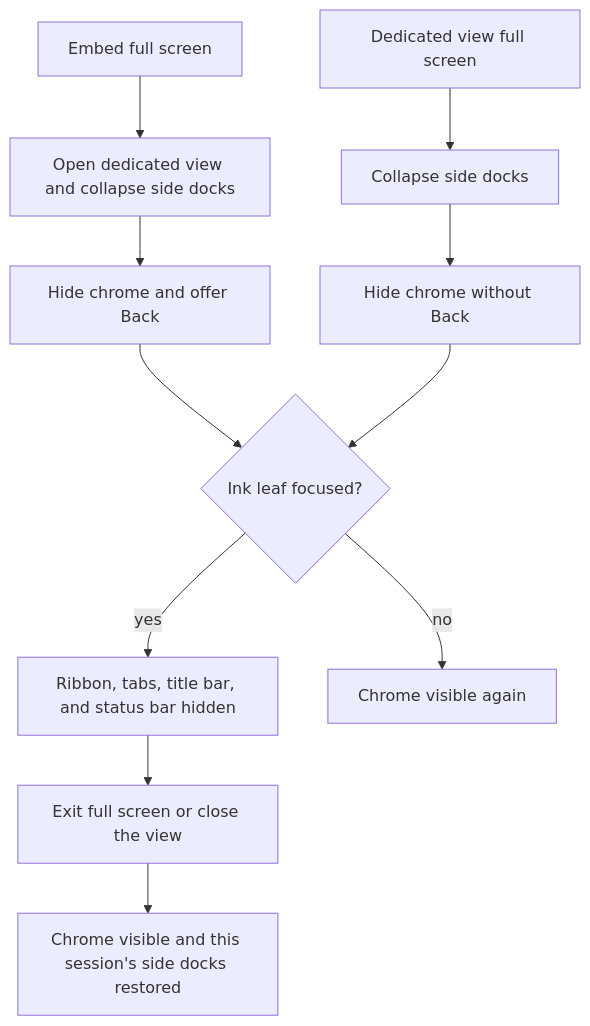
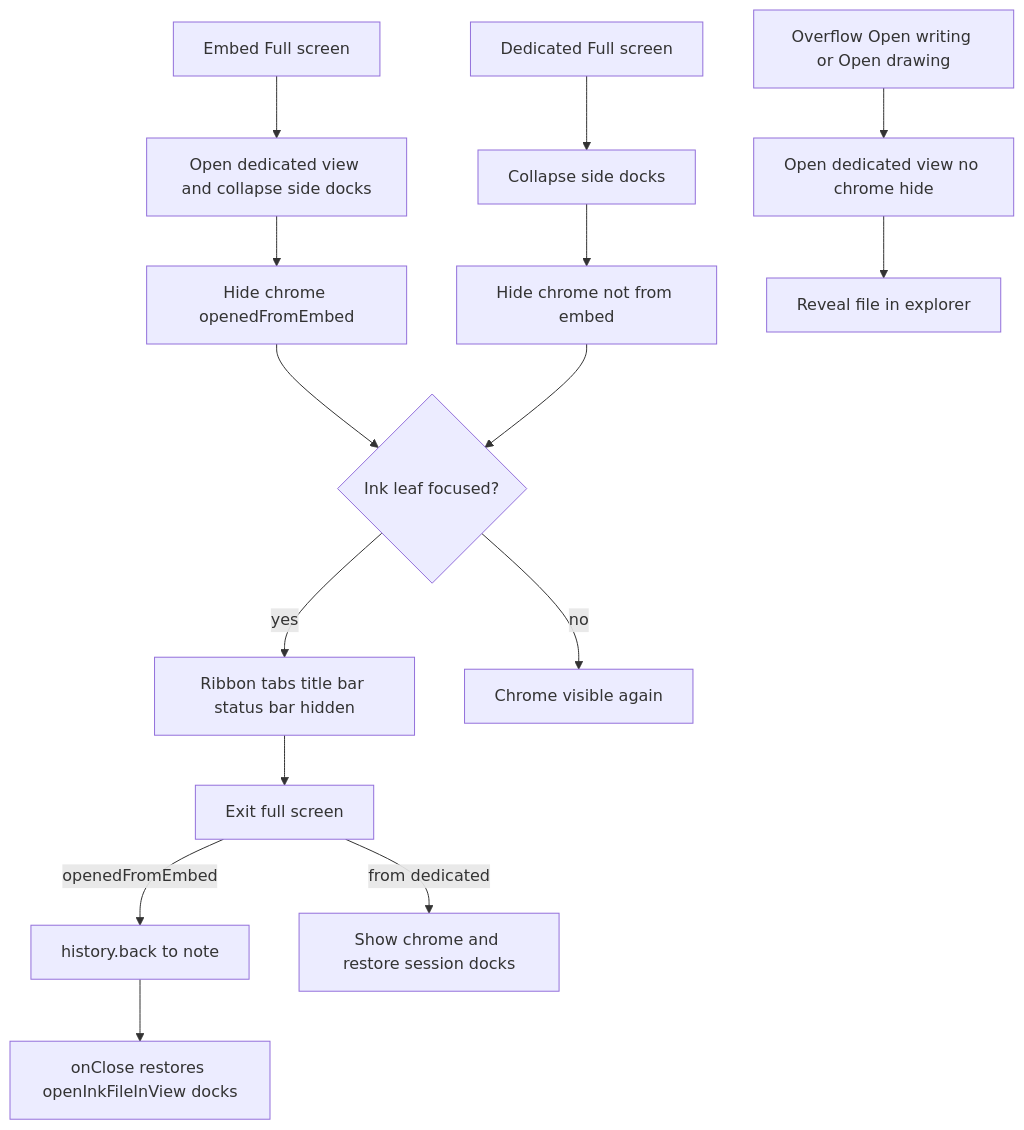
One commit to daledesilva/obsidian_ink changed the diagram in docs/dedicated-view-fullscreen.md. Above: the diagram before and after it, drawn with Mermaid. The commit also changed other lines of this file and 18 other files, not shown here.

Commit message:
updated: Folded embed return into Exit full screen and opened overflow writing and drawing without hiding chrome. Added dedicated Locate, rotated expand and collapse icons, and kept the macOS traffic-light inset so Exit stays clear of the window controls.

````diff
--- a/docs/dedicated-view-fullscreen.md
+++ b/docs/dedicated-view-fullscreen.md
@@ -18,13 +25,17 @@
 ```mermaid
 flowchart TD
-  embed[Embed full screen] --> openView[Open dedicated view and collapse side docks]
-  openView --> hideFromEmbed[Hide chrome and offer Back]
-  dedicated[Dedicated view full screen] --> collapse[Collapse side docks]
-  collapse --> hideOnly[Hide chrome without Back]
+  embedFs[Embed Full screen] --> openView[Open dedicated view and collapse side docks]
+  openView --> hideFromEmbed[Hide chrome openedFromEmbed]
+  dedicatedFs[Dedicated Full screen] --> collapse[Collapse side docks]
+  collapse --> hideDedicated[Hide chrome not from embed]
   hideFromEmbed --> active{Ink leaf focused?}
-  hideOnly --> active
-  active -->|yes| hidden[Ribbon, tabs, title bar, and status bar hidden]
+  hideDedicated --> active
+  active -->|yes| hidden[Ribbon tabs title bar status bar hidden]
   active -->|no| shown[Chrome visible again]
-  hidden --> exit[Exit full screen or close the view]
-  exit --> restored[Chrome visible and this session's side docks restored]
+  hidden --> exitBtn[Exit full screen]
+  exitBtn -->|openedFromEmbed| noteBack[history.back to note]
+  noteBack --> restoreEmbedDocks[onClose restores openInkFileInView docks]
+  exitBtn -->|from dedicated| unhide[Show chrome and restore session docks]
+  overflow[Overflow Open writing or Open drawing] --> openPlain[Open dedicated view no chrome hide]
+  openPlain --> locate[Reveal file in explorer]
 ```
````
